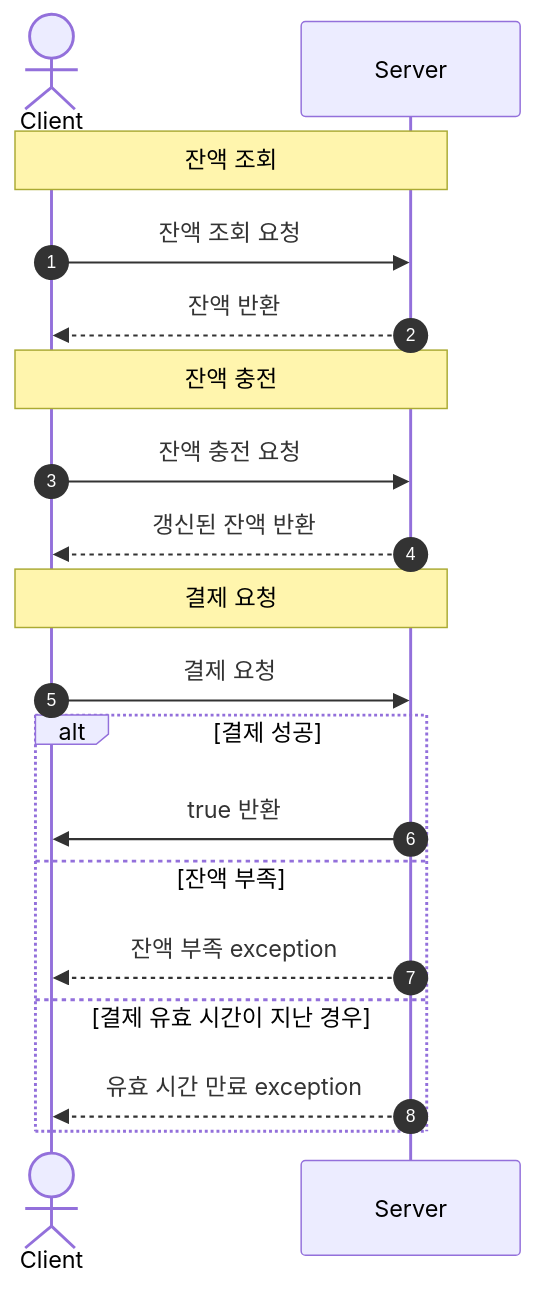
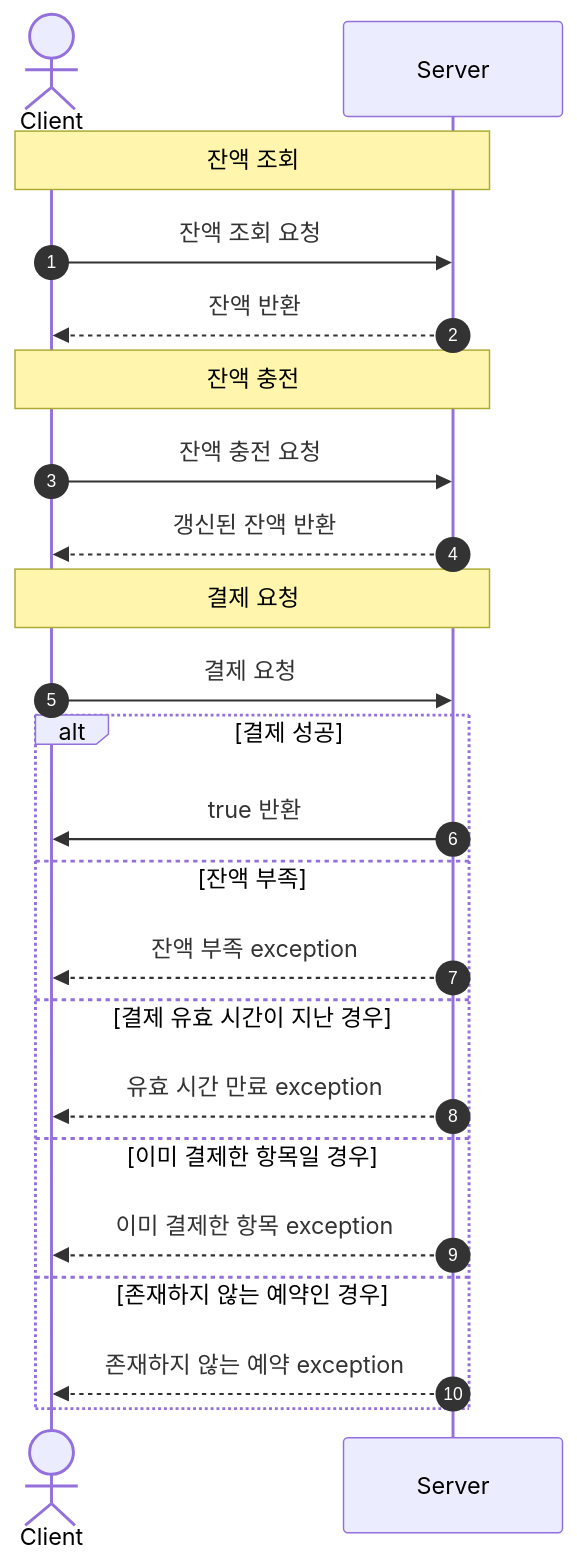
The third of 3 diagrams in README.md (dlwlsh92/concert-reservation), drawn with Mermaid before and after one commit. The commit also changed other lines of this file, not shown here.

````diff
--- a/README.md
+++ b/README.md
@@ -138,28 +138,32 @@
    ```mermaid
        sequenceDiagram
         autonumber
         actor cl as Client
         participant Server
         
         note over cl, Server: 잔액 조회
     
         cl ->> Server: 잔액 조회 요청
         Server -->> cl: 잔액 반환
     
         note over cl, Server: 잔액 충전
     
         cl ->> Server: 잔액 충전 요청
         Server -->> cl: 갱신된 잔액 반환
     
         note over cl, Server: 결제 요청
     
         cl ->> Server: 결제 요청
     
         alt 결제 성공
             Server ->> cl: true 반환
         else 잔액 부족
             Server -->> cl: 잔액 부족 exception
         else 결제 유효 시간이 지난 경우
             Server -->> cl: 유효 시간 만료 exception
+        else 이미 결제한 항목일 경우
+            Server -->> cl: 이미 결제한 항목 exception
+        else 존재하지 않는 예약인 경우
+            Server -->> cl: 존재하지 않는 예약 exception
         end
    ```
````
